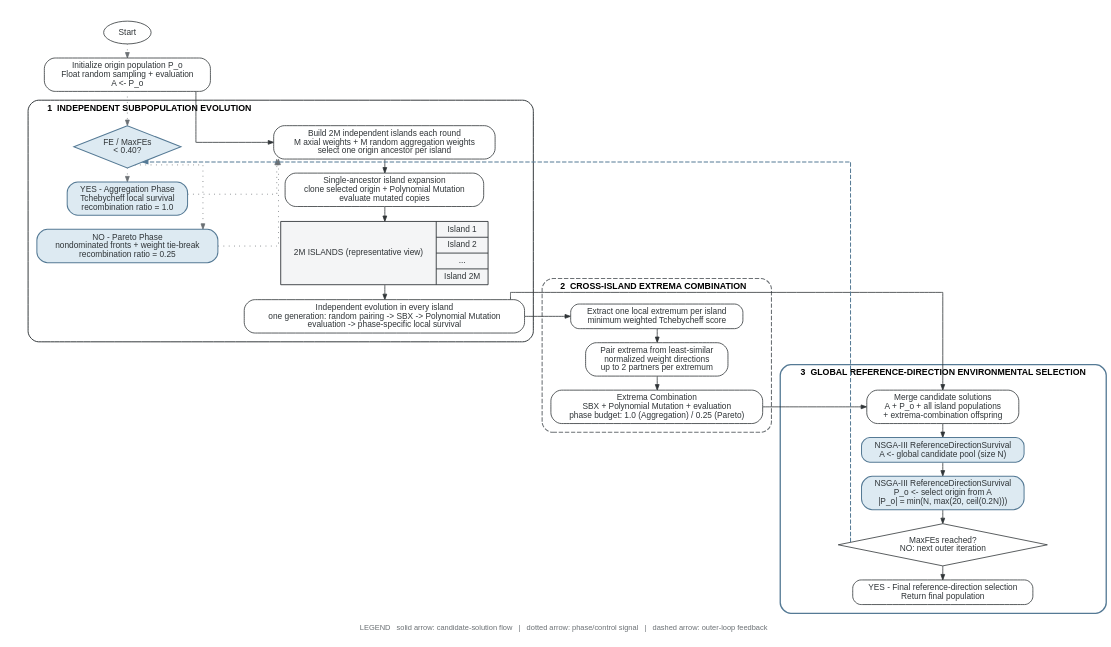
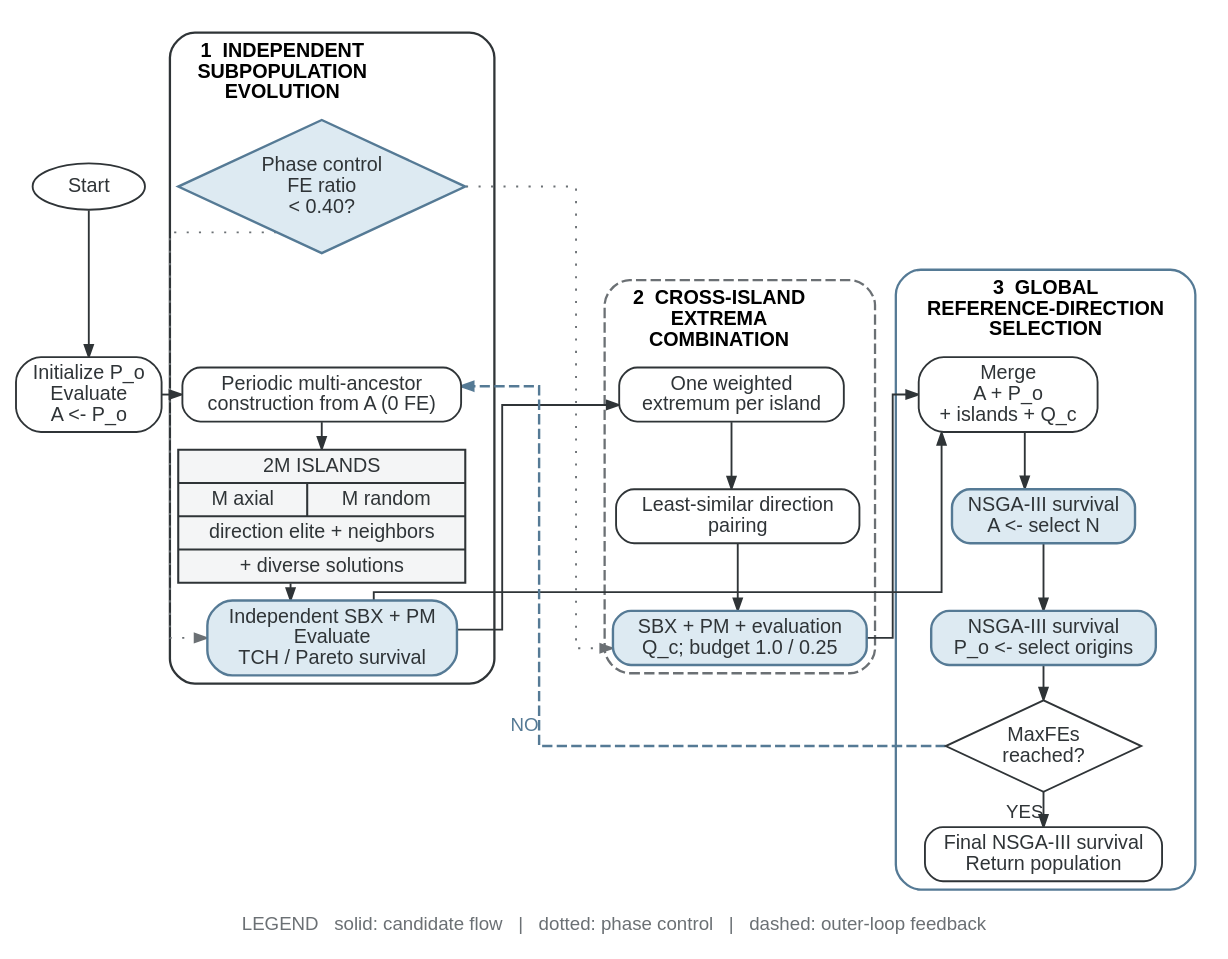
Before and after one commit to yitianle0725/GeneticAlgorithmCode: the diagram in pictures/iemoec_framework/IEMOEC_framework.dot, drawn with Graphviz. The commit also changed 10 other files, not shown here.

First line of the commit message:
feat(iemoec): add multi-ancestor islands

```diff
--- a/pictures/iemoec_framework/IEMOEC_framework.dot
+++ b/pictures/iemoec_framework/IEMOEC_framework.dot
@@ -1,109 +1,75 @@
 digraph IEMOEC_framework {
-	bgcolor=white compound=true dpi=72.45 fontname=Helvetica fontsize=10 margin=0 newrank=true nodesep=0.22 outputorder=edgesfirst pad=0.08 rankdir=LR ranksep=0.42 size="7.16,4.15!" splines=ortho
-	node [color="#2F3437" fontcolor="#2F3437" fontname=Helvetica fontsize=9.5 height=0.34 margin="0.08,0.05" penwidth=0.9]
-	edge [arrowsize=0.62 color="#2F3437" fontcolor="#2F3437" fontname=Helvetica fontsize=8.5 penwidth=0.9]
+	bgcolor=white compound=true dpi=72.0 fontname=Helvetica fontsize=9.5 margin=0 newrank=true nodesep=0.115 outputorder=edgesfirst pad=0 rankdir=TB ranksep=0.02 splines=ortho
+	node [color="#2F3437" fontcolor="#2F3437" fontname=Helvetica fontsize=9.5 height=0.30 margin="0.05,0.035" penwidth=0.9]
+	edge [arrowsize=0.58 color="#2F3437" fontcolor="#2F3437" fontname=Helvetica fontsize=9 penwidth=0.9]
 	start [label=Start fillcolor=white shape=ellipse style=filled]
-	initialize [label="Initialize origin population P_o
-Float random sampling + evaluation
+	initialize [label="Initialize P_o
+Evaluate
 A <- P_o" color="#2F3437" fillcolor=white penwidth=0.9 shape=box style="rounded,filled"]
 	subgraph cluster_independent {
-		color="#2F3437" fontname="Helvetica-Bold" fontsize=10 label="1  INDEPENDENT SUBPOPULATION EVOLUTION" labeljust=l labelloc=t margin=10 penwidth=1.1 style=rounded
-		phase_check [label="FE / MaxFEs
-< 0.40?" color="#557A95" fillcolor="#DDEAF2" margin=0.03 penwidth=1.15 shape=diamond style=filled]
-		aggregation [label="YES - Aggregation Phase
-Tchebycheff local survival
-recombination ratio = 1.0" color="#557A95" fillcolor="#DDEAF2" penwidth=1.15 shape=box style="rounded,filled"]
-		pareto [label="NO - Pareto Phase
-nondominated fronts + weight tie-break
-recombination ratio = 0.25" color="#557A95" fillcolor="#DDEAF2" penwidth=1.15 shape=box style="rounded,filled"]
-		define_islands [label="Build 2M independent islands each round
-M axial weights + M random aggregation weights
-select one origin ancestor per island" color="#2F3437" fillcolor=white penwidth=0.9 shape=box style="rounded,filled"]
-		expand [label="Single-ancestor island expansion
-clone selected origin + Polynomial Mutation
-evaluate mutated copies" color="#2F3437" fillcolor=white penwidth=0.9 shape=box style="rounded,filled"]
-		island_bank [label="{2M ISLANDS (representative view)|{Island 1|Island 2|...|Island 2M}}" color="#2F3437" fillcolor="#F4F5F6" penwidth=1.0 shape=record style=filled]
-		local_evolution [label="Independent evolution in every island
-one generation: random pairing -> SBX -> Polynomial Mutation
-evaluation -> phase-specific local survival" color="#2F3437" fillcolor=white penwidth=0.9 shape=box style="rounded,filled"]
-		{
-			rank=same
-			phase_check
-			aggregation
-			pareto
-		}
-		{
-			rank=same
-			define_islands
-			expand
-			island_bank
-			local_evolution
-		}
-		phase_check -> aggregation [color="#6B7074" constraint=false style=dotted]
-		phase_check -> pareto [color="#6B7074" constraint=false style=dotted]
-		aggregation -> define_islands [color="#6B7074" style=dotted]
-		pareto -> define_islands [color="#6B7074" style=dotted]
-		define_islands -> expand [constraint=false]
-		expand -> island_bank [constraint=false]
-		island_bank -> local_evolution [constraint=false]
+		color="#2F3437" fontname="Helvetica-Bold" fontsize=9.5 label="1  INDEPENDENT
+SUBPOPULATION
+EVOLUTION" labeljust=l labelloc=t margin=4 penwidth=1.1 style=rounded
+		phase [label="Phase control
+FE ratio
+< 0.40?" color="#557A95" fillcolor="#DDEAF2" margin=0.02 penwidth=1.15 shape=diamond style=filled]
+		build_islands [label="Periodic multi-ancestor
+construction from A (0 FE)" color="#2F3437" fillcolor=white penwidth=0.9 shape=box style="rounded,filled"]
+		island_bank [label="{2M ISLANDS|{M axial|M random}|direction elite + neighbors|+ diverse solutions}" color="#2F3437" fillcolor="#F4F5F6" penwidth=1.0 shape=record style=filled]
+		local_evolution [label="Independent SBX + PM
+Evaluate
+TCH / Pareto survival" color="#557A95" fillcolor="#DDEAF2" penwidth=1.15 shape=box style="rounded,filled"]
+		phase -> build_islands [style=invis weight=5]
+		build_islands -> island_bank
+		island_bank -> local_evolution
+		phase -> local_evolution [color="#6B7074" constraint=false fontcolor="#6B7074" style=dotted]
 	}
 	subgraph cluster_combination {
-		color="#6B7074" fontname="Helvetica-Bold" fontsize=10 label="2  CROSS-ISLAND EXTREMA COMBINATION" labeljust=l labelloc=t margin=10 penwidth=1.2 style="rounded,dashed"
-		extract_extrema [label="Extract one local extremum per island
-minimum weighted Tchebycheff score" color="#2F3437" fillcolor=white penwidth=0.9 shape=box style="rounded,filled"]
-		direction_pairing [label="Pair extrema from least-similar
-normalized weight directions
-up to 2 partners per extremum" color="#2F3437" fillcolor=white penwidth=0.9 shape=box style="rounded,filled"]
-		combination_offspring [label="Extrema Combination
-SBX + Polynomial Mutation + evaluation
-phase budget: 1.0 (Aggregation) / 0.25 (Pareto)" color="#2F3437" fillcolor=white penwidth=0.9 shape=box style="rounded,filled"]
-		{
-			rank=same
-			extract_extrema
-			direction_pairing
-			combination_offspring
-		}
-		extract_extrema -> direction_pairing [constraint=false]
-		direction_pairing -> combination_offspring [constraint=false]
+		color="#6B7074" fontname="Helvetica-Bold" fontsize=9.5 label="2  CROSS-ISLAND
+EXTREMA
+COMBINATION" labeljust=l labelloc=t margin=4 penwidth=1.1 style="rounded,dashed"
+		extrema [label="One weighted
+extremum per island" color="#2F3437" fillcolor=white penwidth=0.9 shape=box style="rounded,filled"]
+		pairing [label="Least-similar direction
+pairing" color="#2F3437" fillcolor=white penwidth=0.9 shape=box style="rounded,filled"]
+		combination_offspring [label="SBX + PM + evaluation
+Q_c; budget 1.0 / 0.25" color="#557A95" fillcolor="#DDEAF2" penwidth=1.15 shape=box style="rounded,filled"]
+		extrema -> pairing
+		pairing -> combination_offspring
 	}
 	subgraph cluster_global {
-		color="#557A95" fontname="Helvetica-Bold" fontsize=10 label="3  GLOBAL REFERENCE-DIRECTION ENVIRONMENTAL SELECTION" labeljust=l labelloc=t margin=10 penwidth=1.5 style=rounded
-		merge [label="Merge candidate solutions
-A + P_o + all island populations
-+ extrema-combination offspring" color="#2F3437" fillcolor=white penwidth=0.9 shape=box style="rounded,filled"]
-		archive_selection [label="NSGA-III ReferenceDirectionSurvival
-A <- global candidate pool (size N)" color="#557A95" fillcolor="#DDEAF2" penwidth=1.15 shape=box style="rounded,filled"]
-		origin_selection [label="NSGA-III ReferenceDirectionSurvival
-P_o <- select origin from A
-|P_o| = min(N, max(20, ceil(0.2N)))" color="#557A95" fillcolor="#DDEAF2" penwidth=1.15 shape=box style="rounded,filled"]
-		termination [label="MaxFEs reached?
-NO: next outer iteration" color="#2F3437" fillcolor=white margin=0.03 shape=diamond style=filled]
-		final_population [label="YES - Final reference-direction selection
-Return final population" color="#2F3437" fillcolor=white penwidth=0.9 shape=box style="rounded,filled"]
-		{
-			rank=same
-			merge
-			archive_selection
-			origin_selection
-			termination
-			final_population
-		}
-		merge -> archive_selection [constraint=false]
-		archive_selection -> origin_selection [constraint=false]
-		origin_selection -> termination [constraint=false]
-		termination -> final_population [constraint=false]
+		color="#557A95" fontname="Helvetica-Bold" fontsize=9.5 label="3  GLOBAL
+REFERENCE-DIRECTION
+SELECTION" labeljust=l labelloc=t margin=4 penwidth=1.1 style=rounded
+		merge [label="Merge
+A + P_o
++ islands + Q_c" color="#2F3437" fillcolor=white penwidth=0.9 shape=box style="rounded,filled"]
+		archive_selection [label="NSGA-III survival
+A <- select N" color="#557A95" fillcolor="#DDEAF2" penwidth=1.15 shape=box style="rounded,filled"]
+		origin_selection [label="NSGA-III survival
+P_o <- select origins" color="#557A95" fillcolor="#DDEAF2" penwidth=1.15 shape=box style="rounded,filled"]
+		termination [label="MaxFEs
+reached?" color="#2F3437" fillcolor=white margin=0.02 shape=diamond style=filled]
+		final_population [label="Final NSGA-III survival
+Return population" color="#2F3437" fillcolor=white penwidth=0.9 shape=box style="rounded,filled"]
+		merge -> archive_selection
+		archive_selection -> origin_selection
+		origin_selection -> termination
+		termination -> final_population [minlen=2 xlabel=YES]
 	}
+	start -> initialize
 	{
 		rank=same
-		start
 		initialize
+		build_islands
+		extrema
+		merge
 	}
-	start -> initialize [color="#6B7074" constraint=false style=dotted]
-	initialize -> define_islands [constraint=false]
-	initialize -> phase_check [color="#6B7074" constraint=false style=dotted]
-	local_evolution -> extract_extrema
+	initialize -> build_islands [constraint=false]
+	phase -> combination_offspring [color="#6B7074" constraint=false fontcolor="#6B7074" style=dotted]
+	local_evolution -> extrema
 	local_evolution -> merge [constraint=false]
 	combination_offspring -> merge
-	termination -> phase_check [color="#557A95" constraint=false fontcolor="#557A95" penwidth=1.15 style=dashed]
-	fontcolor="#6B7074" fontsize=8.5 label="LEGEND   solid arrow: candidate-solution flow   |   dotted arrow: phase/control signal   |   dashed arrow: outer-loop feedback" labeljust=c labelloc=b
+	termination -> build_islands [color="#557A95" constraint=false fontcolor="#557A95" penwidth=1.15 style=dashed xlabel=NO]
+	fontcolor="#6B7074" fontsize=9 label="LEGEND   solid: candidate flow   |   dotted: phase control   |   dashed: outer-loop feedback" labeljust=c labelloc=b
 }
```
